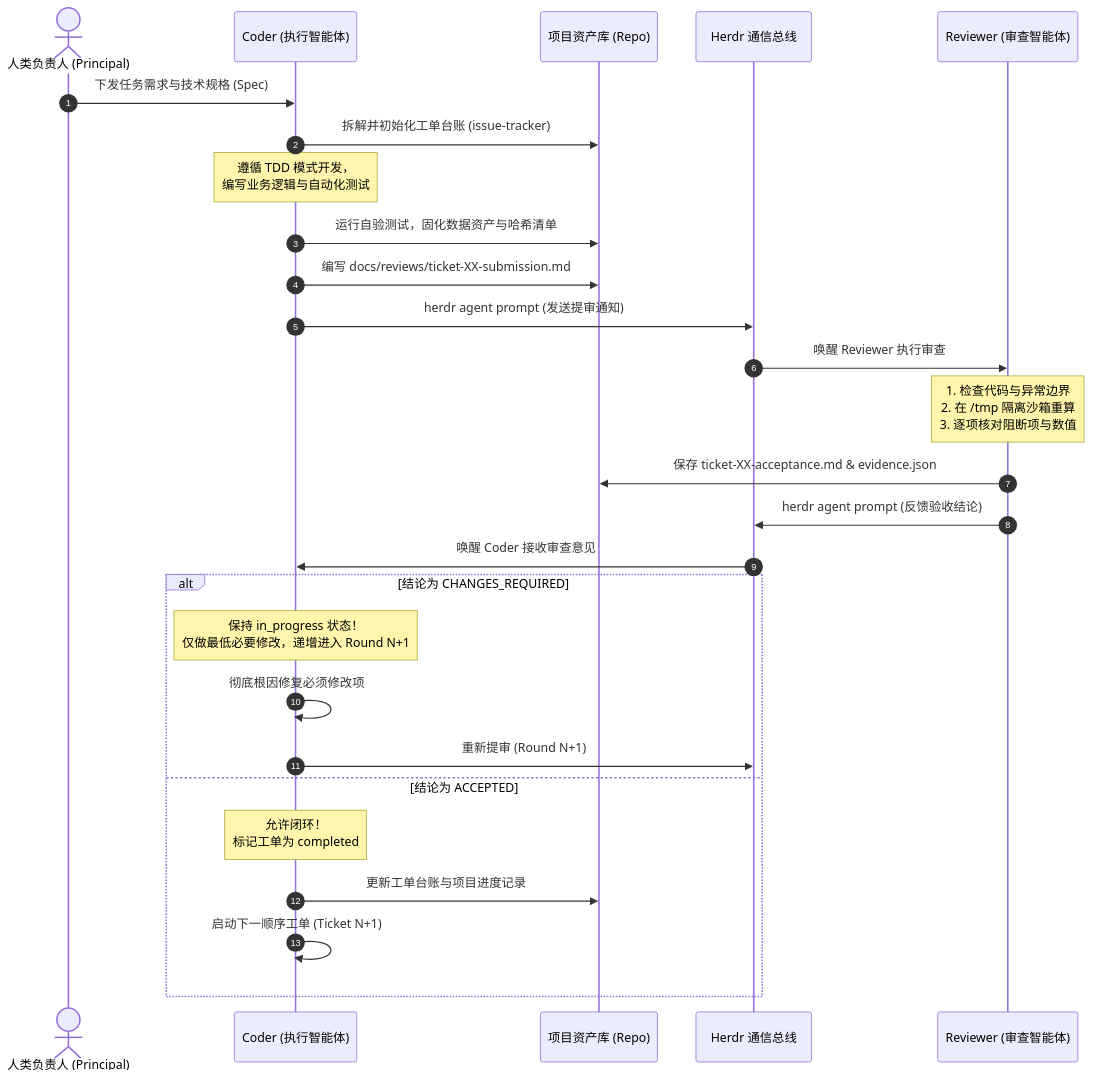
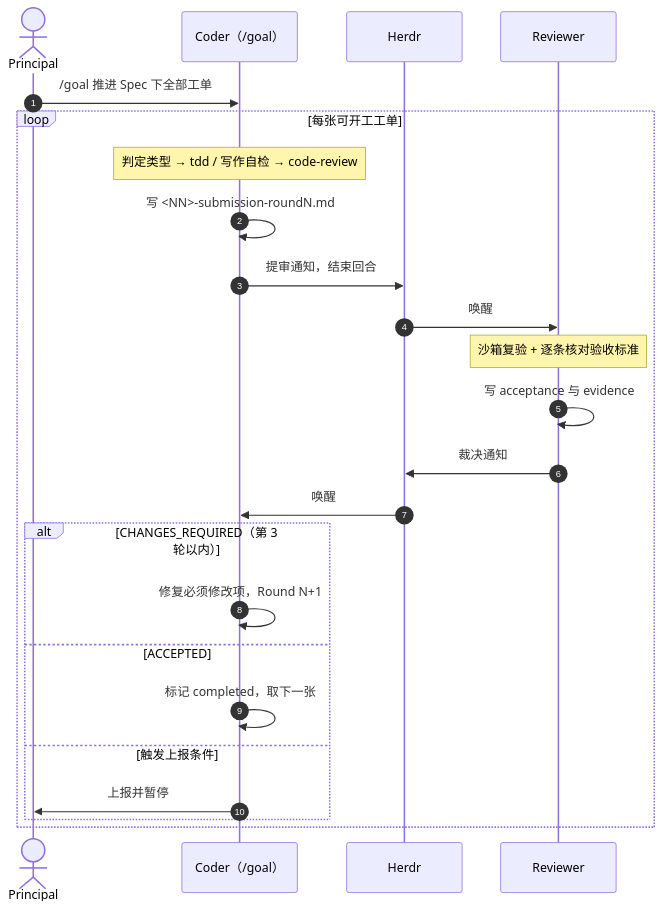
Before and after one commit to davisruby530/herdr-dual-agent-collaboration: the second of 2 diagrams in docs/agents/coder-reviewer-herdr-collaboration-guide.md, drawn with Mermaid. The commit also changed other lines of this file and 14 other files, not shown here.

````diff
--- a/docs/agents/coder-reviewer-herdr-collaboration-guide.md
+++ b/docs/agents/coder-reviewer-herdr-collaboration-guide.md
@@ -176,31 +119,27 @@
 ```mermaid
 sequenceDiagram
     autonumber
-    actor Human as 人类负责人 (Principal)
-    participant Coder as Coder (执行智能体)
-    participant Repo as 项目资产库 (Repo)
-    participant Herdr as Herdr 通信总线
-    participant Reviewer as Reviewer (审查智能体)
+    actor P as Principal
+    participant C as Coder（/goal）
+    participant H as Herdr
+    participant R as Reviewer
 
-    Human->>Coder: 下发任务需求与技术规格 (Spec)
-    Coder->>Repo: 拆解并初始化工单台账 (issue-tracker)
-    Note over Coder: 遵循 TDD 模式开发，<br>编写业务逻辑与自动化测试
-    Coder->>Repo: 运行自验测试，固化数据资产与哈希清单
-    Coder->>Repo: 编写 docs/reviews/ticket-XX-submission.md
-    Coder->>Herdr: herdr agent prompt (发送提审通知)
-    Herdr->>Reviewer: 唤醒 Reviewer 执行审查
-    Note over Reviewer: 1. 检查代码与异常边界<br>2. 在 /tmp 隔离沙箱重算<br>3. 逐项核对阻断项与数值
-    Reviewer->>Repo: 保存 ticket-XX-acceptance.md & evidence.json
-    Reviewer->>Herdr: herdr agent prompt (反馈验收结论)
-    Herdr->>Coder: 唤醒 Coder 接收审查意见
-    
-    alt 结论为 CHANGES_REQUIRED
-        Note over Coder: 保持 in_progress 状态！<br>仅做最低必要修改，递增进入 Round N+1
-        Coder->>Coder: 彻底根因修复必须修改项
-        Coder->>Herdr: 重新提审 (Round N+1)
-    else 结论为 ACCEPTED
-        Note over Coder: 允许闭环！<br>标记工单为 completed
-        Coder->>Repo: 更新工单台账与项目进度记录
-        Coder->>Coder: 启动下一顺序工单 (Ticket N+1)
+    P->>C: /goal 推进 Spec 下全部工单
+    loop 每张可开工工单
+        Note over C: 判定类型 → tdd / 写作自检 → code-review
+        C->>C: 写 <NN>-submission-roundN.md
+        C->>H: 提审通知，结束回合
+        H->>R: 唤醒
+        Note over R: 沙箱复验 + 逐条核对验收标准
+        R->>R: 写 acceptance 与 evidence
+        R->>H: 裁决通知
+        H->>C: 唤醒
+        alt CHANGES_REQUIRED（第 3 轮以内）
+            C->>C: 修复必须修改项，Round N+1
+        else ACCEPTED
+            C->>C: 标记 completed，取下一张
+        else 触发上报条件
+            C->>P: 上报并暂停
+        end
     end
 ```
````
